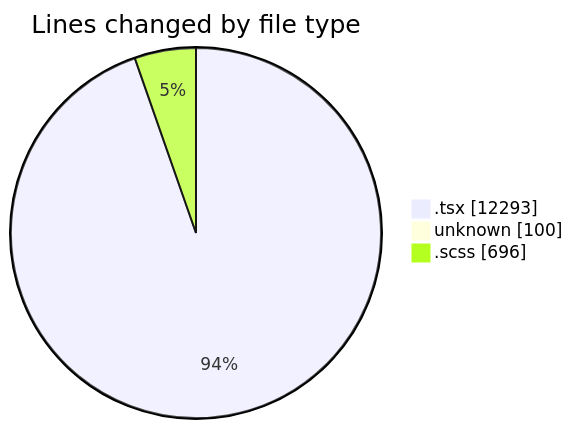
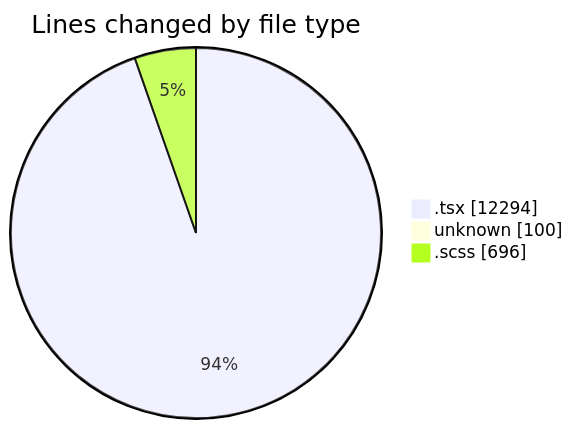
Before and after one commit to momahboobian/code-tracking: the first of 2 diagrams in 2025-12-05/cda/README.md, drawn with Mermaid. The commit also changed other lines of this file and 1 other file, not shown here.

````diff
--- a/2025-12-05/cda/README.md
+++ b/2025-12-05/cda/README.md
@@ -39,7 +39,7 @@
 ```mermaid
 pie showData
 title Lines changed by file type
-".tsx" : 12293
+".tsx" : 12294
 "unknown" : 100
 ".scss" : 696
 ```
````
